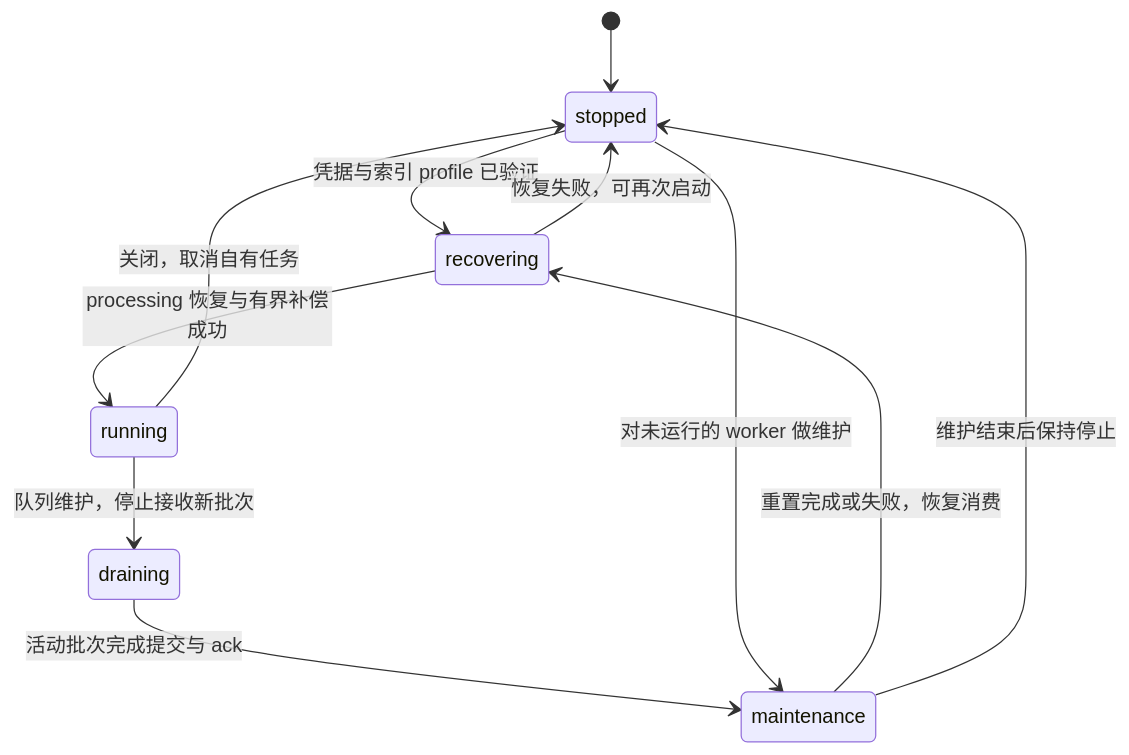
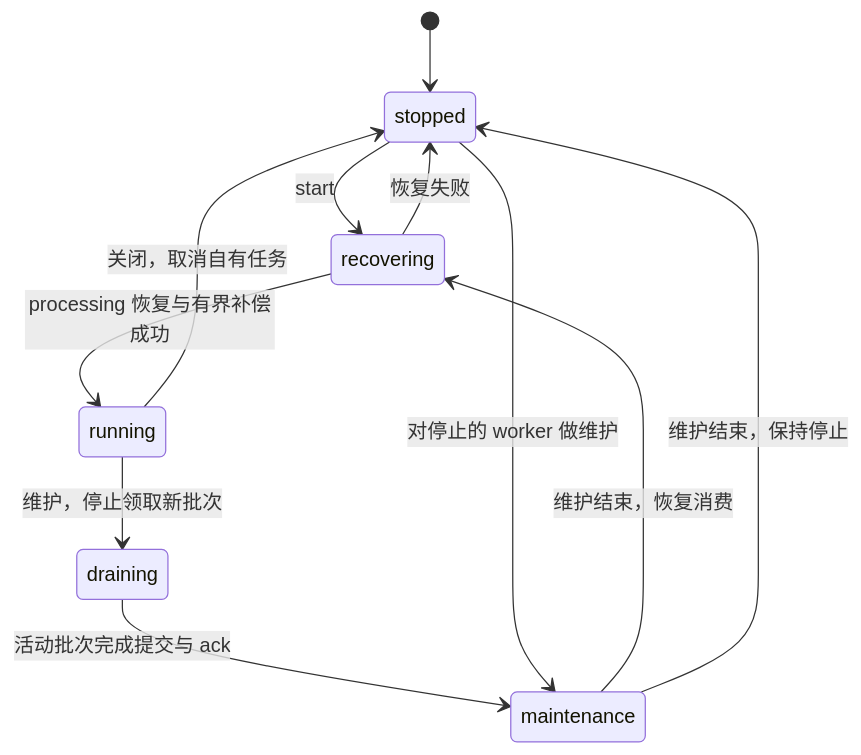
One commit to JasonEX/oce changed the second of 2 diagrams in docs/runtime-lifecycle.md. Above: the diagram before and after it, drawn with Mermaid. The commit also changed other lines of this file and 92 other files, not shown here.

````diff
--- a/docs/runtime-lifecycle.md
+++ b/docs/runtime-lifecycle.md
@@ -47,13 +96,13 @@
 ```mermaid
 stateDiagram-v2
     [*] --> stopped
-    stopped --> recovering: 凭据与索引 profile 已验证
+    stopped --> recovering: start
     recovering --> running: processing 恢复与有界补偿成功
-    recovering --> stopped: 恢复失败，可再次启动
-    running --> draining: 队列维护，停止接收新批次
+    recovering --> stopped: 恢复失败
+    running --> draining: 维护，停止领取新批次
     draining --> maintenance: 活动批次完成提交与 ack
-    maintenance --> recovering: 重置完成或失败，恢复消费
-    stopped --> maintenance: 对未运行的 worker 做维护
-    maintenance --> stopped: 维护结束后保持停止
+    maintenance --> recovering: 维护结束，恢复消费
+    stopped --> maintenance: 对停止的 worker 做维护
+    maintenance --> stopped: 维护结束，保持停止
     running --> stopped: 关闭，取消自有任务
 ```
````
